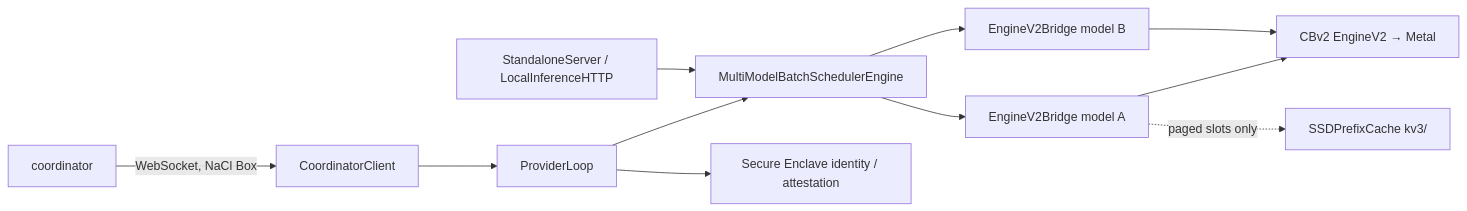
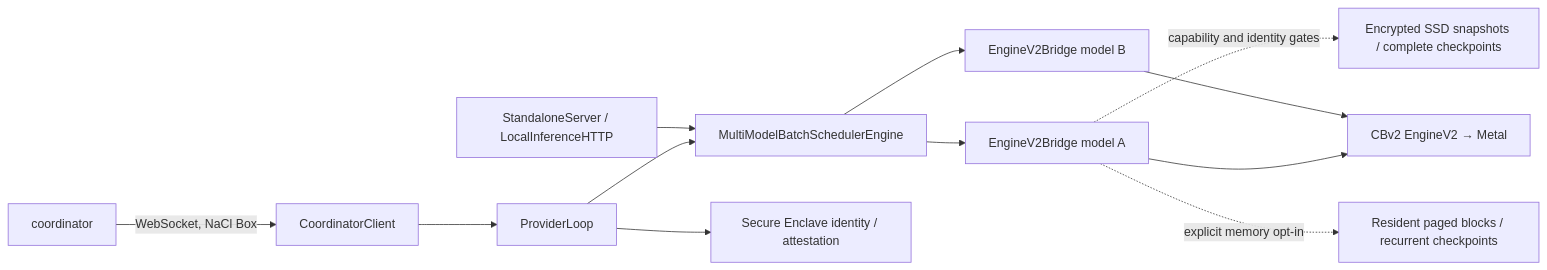
One commit to Layr-Labs/d-inference changed the diagram in docs/architecture/components/provider.md. Above: the diagram before and after it, drawn with Mermaid. The commit also changed other lines of this file and 5 other files, not shown here.

````diff
--- a/docs/architecture/components/provider.md
+++ b/docs/architecture/components/provider.md
@@ -51,13 +51,14 @@
 ```mermaid
 flowchart LR
     Coord[coordinator] -- WebSocket, NaCl Box --> CC[CoordinatorClient]
     CC --> PL[ProviderLoop]
     PL --> MM[MultiModelBatchSchedulerEngine]
     LH[StandaloneServer / LocalInferenceHTTP] --> MM
     MM --> B1[EngineV2Bridge model A]
     MM --> B2[EngineV2Bridge model B]
     B1 --> E[CBv2 EngineV2 → Metal]
     B2 --> E
-    B1 -. paged slots only .-> SSD[SSDPrefixCache kv3/]
+    B1 -. capability and identity gates .-> SSD[Encrypted SSD snapshots / complete checkpoints]
+    B1 -. explicit memory opt-in .-> RAM[Resident paged blocks / recurrent checkpoints]
     PL --> SE[Secure Enclave identity / attestation]
 ```
````
